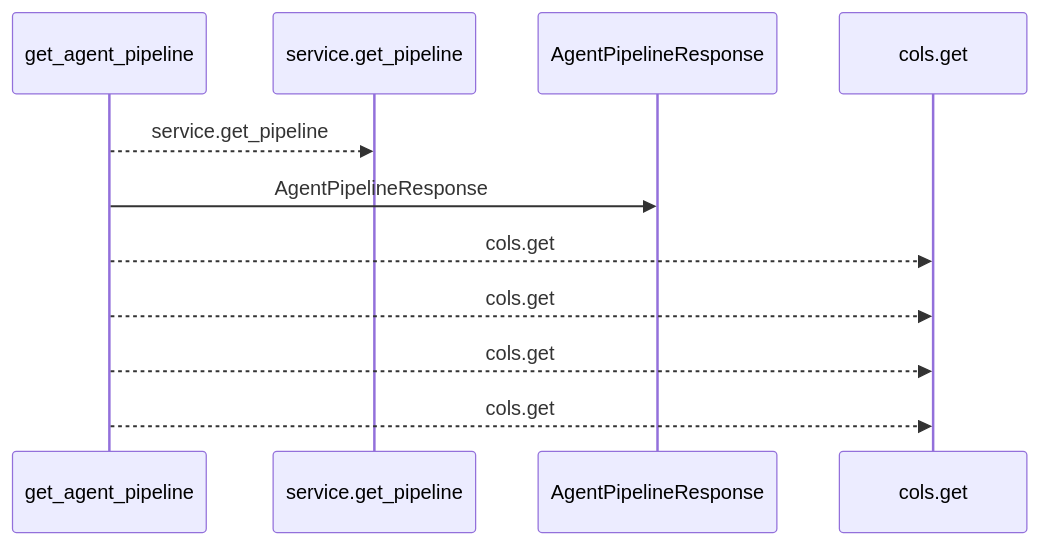
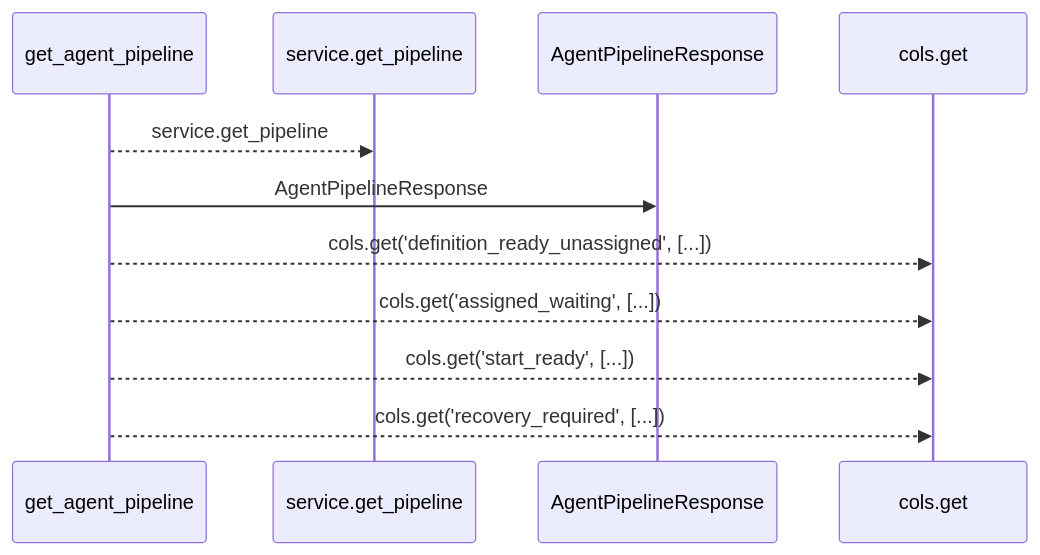
One commit to Denissvgn/WorkChord changed the first of 2 diagrams in docs/llm_wiki/flows/http-get_agent_pipeline.md. Above: the diagram before and after it, drawn with Mermaid. The commit also changed other lines of this file and 25171 other files, not shown here.

````diff
--- a/docs/llm_wiki/flows/http-get_agent_pipeline.md
+++ b/docs/llm_wiki/flows/http-get_agent_pipeline.md
@@ -10,13 +12,13 @@
 ```mermaid
 sequenceDiagram
     participant p0 as get_agent_pipeline
     participant p1 as service.get_pipeline
     participant p2 as AgentPipelineResponse
     participant p3 as cols.get
     p0-->>p1: service.get_pipeline
     p0->>p2: AgentPipelineResponse
-    p0-->>p3: cols.get
-    p0-->>p3: cols.get
-    p0-->>p3: cols.get
-    p0-->>p3: cols.get
+    p0-->>p3: cols.get('definition_ready_unassigned', [...])
+    p0-->>p3: cols.get('assigned_waiting', [...])
+    p0-->>p3: cols.get('start_ready', [...])
+    p0-->>p3: cols.get('recovery_required', [...])
 ```
````
